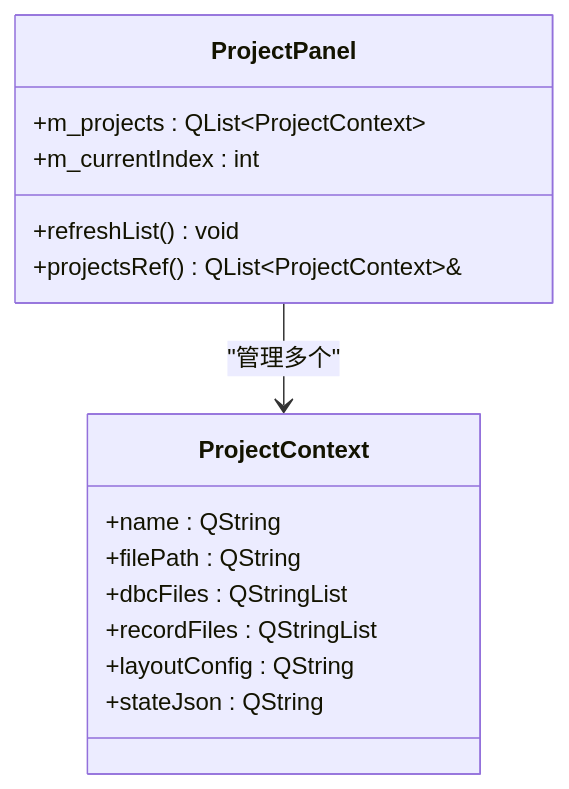
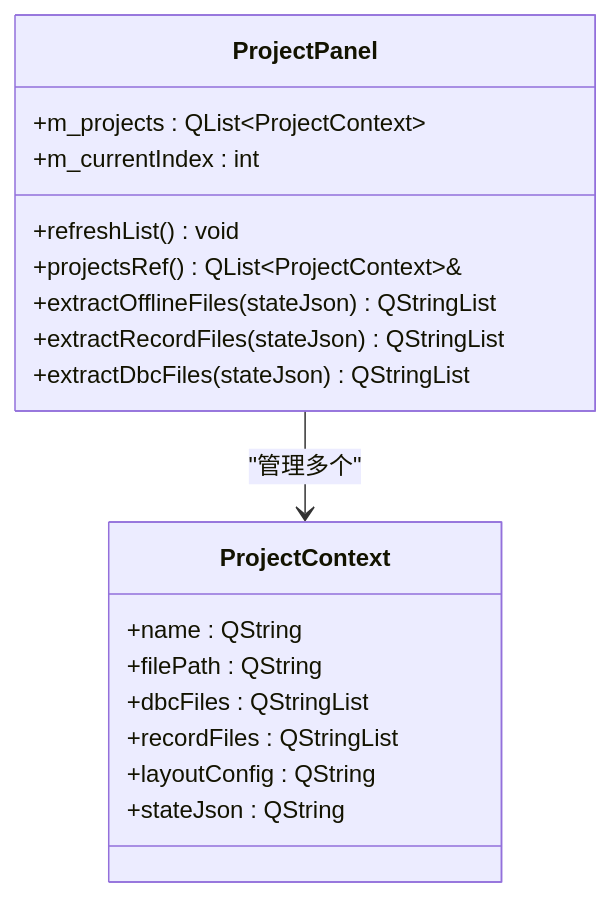
One commit to jakecai1225-design/OpenBus changed the third of 15 diagrams in .qoder/repowiki/zh/content/核心模块详解/项目管理系统.md. Above: the diagram before and after it, drawn with Mermaid. The commit also changed other lines of this file and 12 other files, not shown here.

Commit message:
graphic回放bug

````diff
--- a/.qoder/repowiki/zh/content/核心模块详解/项目管理系统.md
+++ b/.qoder/repowiki/zh/content/核心模块详解/项目管理系统.md
@@ -187,18 +189,21 @@
 ```mermaid
 classDiagram
 class ProjectContext {
 +name : QString
 +filePath : QString
 +dbcFiles : QStringList
 +recordFiles : QStringList
 +layoutConfig : QString
 +stateJson : QString
 }
 class ProjectPanel {
 +m_projects : QList~ProjectContext~
 +m_currentIndex : int
 +refreshList() void
 +projectsRef() QList~ProjectContext~&
++extractOfflineFiles(stateJson) QStringList
++extractRecordFiles(stateJson) QStringList
++extractDbcFiles(stateJson) QStringList
 }
 ProjectPanel --> ProjectContext : "管理多个"
 ```
````
